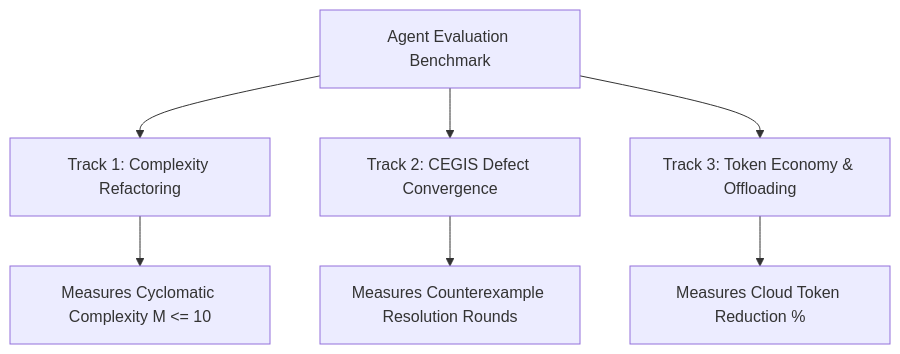
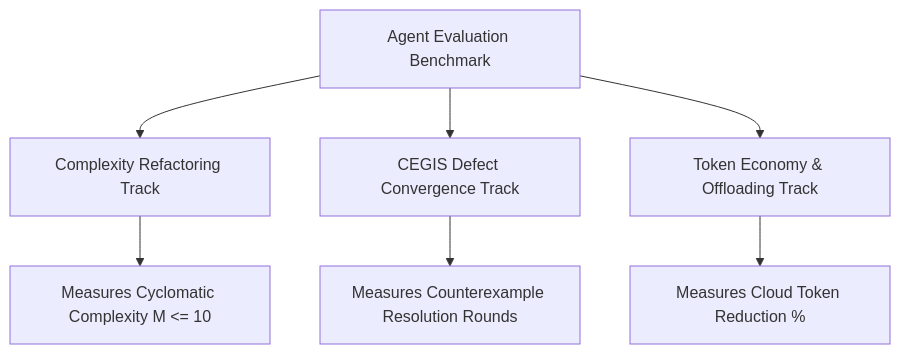
One commit to dan-petty/vibes changed the diagram in benchmarks/README.md. Above: the diagram before and after it, drawn with Mermaid. The commit also changed other lines of this file and 6 other files, not shown here.

````diff
--- a/benchmarks/README.md
+++ b/benchmarks/README.md
@@ -5,10 +5,10 @@
 ```mermaid
 graph TD
-    A[Agent Evaluation Benchmark] --> B[Track 1: Complexity Refactoring]
-    A --> C[Track 2: CEGIS Defect Convergence]
-    A --> D[Track 3: Token Economy & Offloading]
+    A[Agent Evaluation Benchmark] --> B[Complexity Refactoring Track]
+    A --> C[CEGIS Defect Convergence Track]
+    A --> D[Token Economy & Offloading Track]
 
     B --> S1[Measures Cyclomatic Complexity M <= 10]
     C --> S2[Measures Counterexample Resolution Rounds]
     D --> S3[Measures Cloud Token Reduction %]
 ```
````
